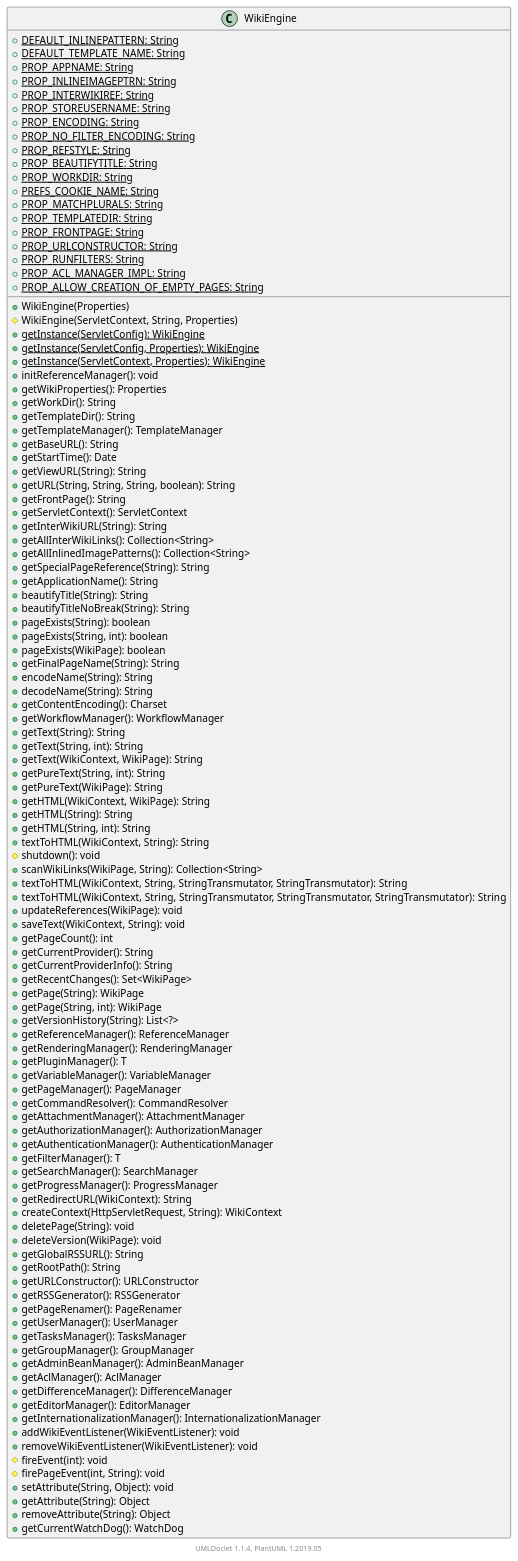
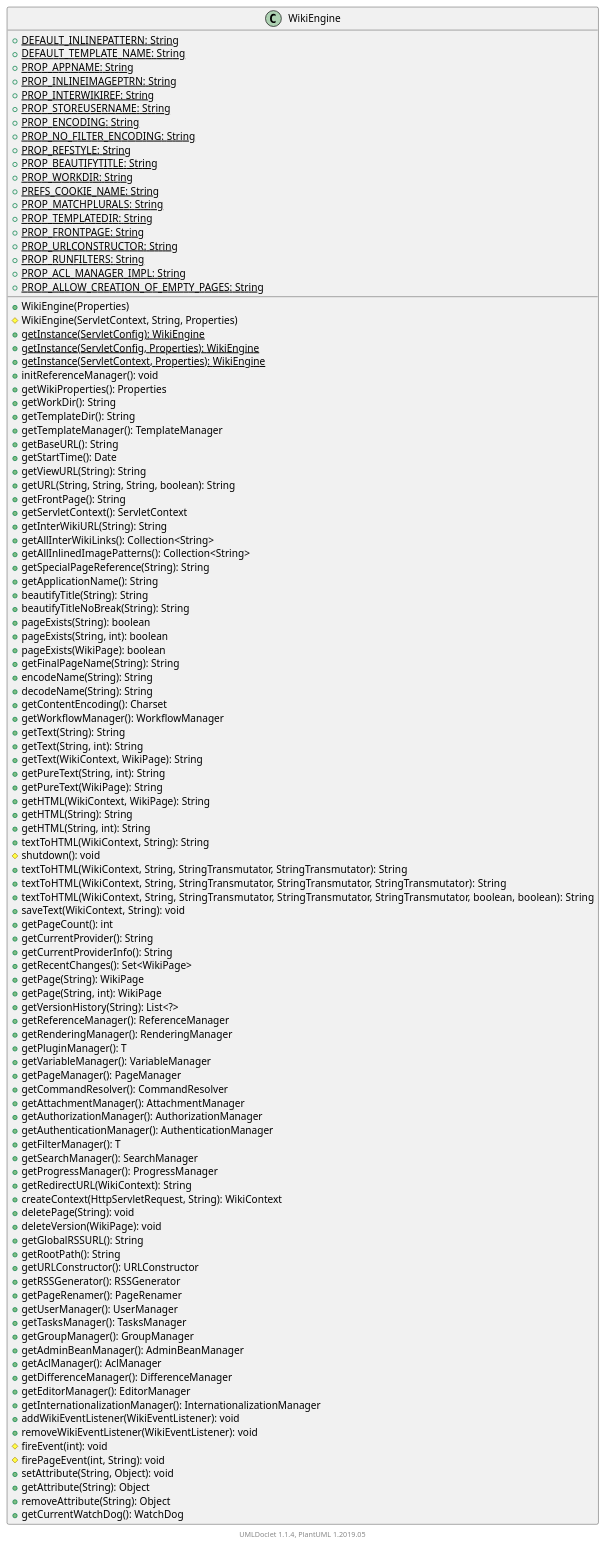
One commit to apache/jspwiki-site changed the diagram in apidocs/2.11.0.M7-SNAPSHOT/org/apache/wiki/WikiEngine.puml. Above: the diagram before and after it, drawn with PlantUML. The commit also changed 1211 other files, not shown here.

```diff
--- a/apidocs/2.11.0.M7-SNAPSHOT/org/apache/wiki/WikiEngine.puml
+++ b/apidocs/2.11.0.M7-SNAPSHOT/org/apache/wiki/WikiEngine.puml
@@ -1,117 +1,116 @@
 @startuml
 
     class WikiEngine [[WikiEngine.html]] {
         {static} +DEFAULT_INLINEPATTERN: String
         {static} +DEFAULT_TEMPLATE_NAME: String
         {static} +PROP_APPNAME: String
         {static} +PROP_INLINEIMAGEPTRN: String
         {static} +PROP_INTERWIKIREF: String
         {static} +PROP_STOREUSERNAME: String
         {static} +PROP_ENCODING: String
         {static} +PROP_NO_FILTER_ENCODING: String
         {static} +PROP_REFSTYLE: String
         {static} +PROP_BEAUTIFYTITLE: String
         {static} +PROP_WORKDIR: String
         {static} +PREFS_COOKIE_NAME: String
         {static} +PROP_MATCHPLURALS: String
         {static} +PROP_TEMPLATEDIR: String
         {static} +PROP_FRONTPAGE: String
         {static} +PROP_URLCONSTRUCTOR: String
         {static} +PROP_RUNFILTERS: String
         {static} +PROP_ACL_MANAGER_IMPL: String
         {static} +PROP_ALLOW_CREATION_OF_EMPTY_PAGES: String
         +WikiEngine(Properties)
         #WikiEngine(ServletContext, String, Properties)
         {static} +getInstance(ServletConfig): WikiEngine
         {static} +getInstance(ServletConfig, Properties): WikiEngine
         {static} +getInstance(ServletContext, Properties): WikiEngine
         +initReferenceManager(): void
         +getWikiProperties(): Properties
         +getWorkDir(): String
         +getTemplateDir(): String
         +getTemplateManager(): TemplateManager
         +getBaseURL(): String
         +getStartTime(): Date
         +getViewURL(String): String
         +getURL(String, String, String, boolean): String
         +getFrontPage(): String
         +getServletContext(): ServletContext
         +getInterWikiURL(String): String
         +getAllInterWikiLinks(): Collection<String>
         +getAllInlinedImagePatterns(): Collection<String>
         +getSpecialPageReference(String): String
         +getApplicationName(): String
         +beautifyTitle(String): String
         +beautifyTitleNoBreak(String): String
         +pageExists(String): boolean
         +pageExists(String, int): boolean
         +pageExists(WikiPage): boolean
         +getFinalPageName(String): String
         +encodeName(String): String
         +decodeName(String): String
         +getContentEncoding(): Charset
         +getWorkflowManager(): WorkflowManager
         +getText(String): String
         +getText(String, int): String
         +getText(WikiContext, WikiPage): String
         +getPureText(String, int): String
         +getPureText(WikiPage): String
         +getHTML(WikiContext, WikiPage): String
         +getHTML(String): String
         +getHTML(String, int): String
         +textToHTML(WikiContext, String): String
         #shutdown(): void
-        +scanWikiLinks(WikiPage, String): Collection<String>
         +textToHTML(WikiContext, String, StringTransmutator, StringTransmutator): String
         +textToHTML(WikiContext, String, StringTransmutator, StringTransmutator, StringTransmutator): String
-        +updateReferences(WikiPage): void
+        +textToHTML(WikiContext, String, StringTransmutator, StringTransmutator, StringTransmutator, boolean, boolean): String
         +saveText(WikiContext, String): void
         +getPageCount(): int
         +getCurrentProvider(): String
         +getCurrentProviderInfo(): String
         +getRecentChanges(): Set<WikiPage>
         +getPage(String): WikiPage
         +getPage(String, int): WikiPage
         +getVersionHistory(String): List<?>
         +getReferenceManager(): ReferenceManager
         +getRenderingManager(): RenderingManager
         +getPluginManager(): T
         +getVariableManager(): VariableManager
         +getPageManager(): PageManager
         +getCommandResolver(): CommandResolver
         +getAttachmentManager(): AttachmentManager
         +getAuthorizationManager(): AuthorizationManager
         +getAuthenticationManager(): AuthenticationManager
         +getFilterManager(): T
         +getSearchManager(): SearchManager
         +getProgressManager(): ProgressManager
         +getRedirectURL(WikiContext): String
         +createContext(HttpServletRequest, String): WikiContext
         +deletePage(String): void
         +deleteVersion(WikiPage): void
         +getGlobalRSSURL(): String
         +getRootPath(): String
         +getURLConstructor(): URLConstructor
         +getRSSGenerator(): RSSGenerator
         +getPageRenamer(): PageRenamer
         +getUserManager(): UserManager
         +getTasksManager(): TasksManager
         +getGroupManager(): GroupManager
         +getAdminBeanManager(): AdminBeanManager
         +getAclManager(): AclManager
         +getDifferenceManager(): DifferenceManager
         +getEditorManager(): EditorManager
         +getInternationalizationManager(): InternationalizationManager
         +addWikiEventListener(WikiEventListener): void
         +removeWikiEventListener(WikiEventListener): void
         #fireEvent(int): void
         #firePageEvent(int, String): void
         +setAttribute(String, Object): void
         +getAttribute(String): Object
         +removeAttribute(String): Object
         +getCurrentWatchDog(): WatchDog
     }
 
 
     center footer UMLDoclet 1.1.4, PlantUML 1.2019.05
 @enduml
```
